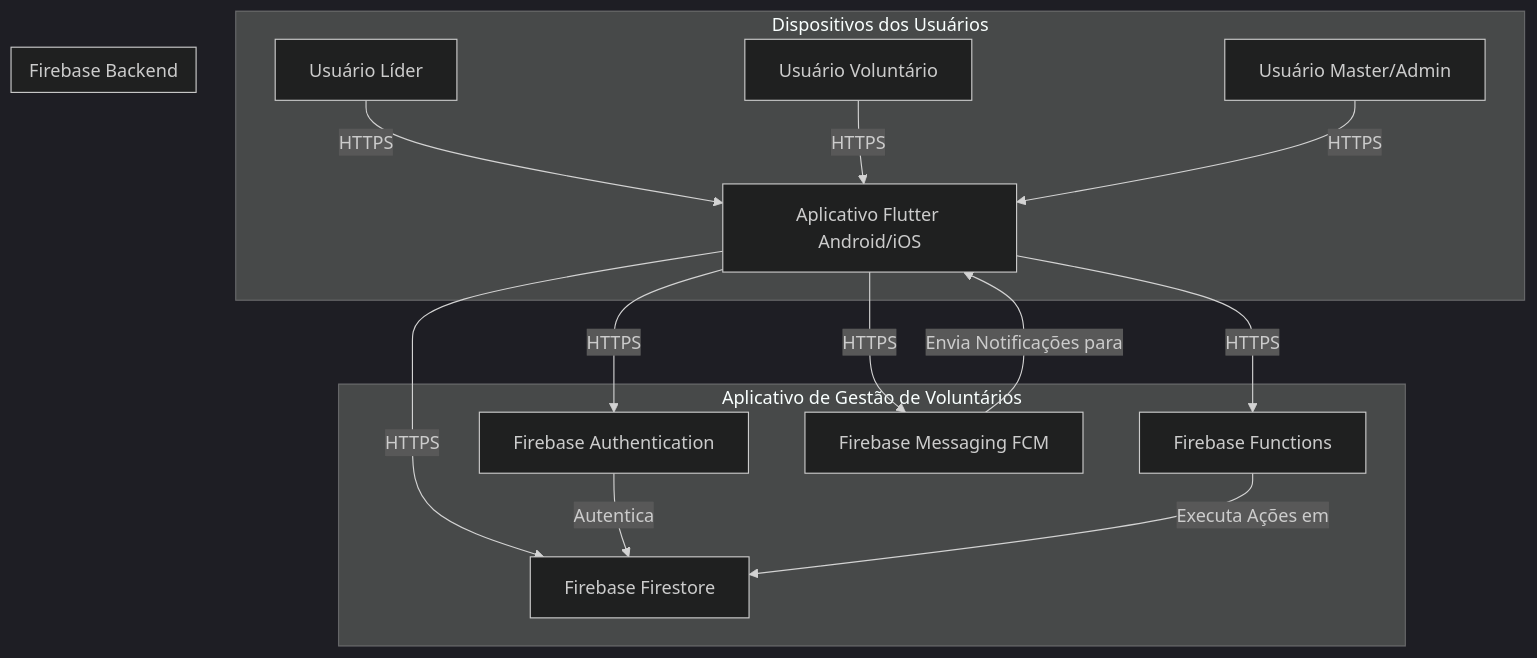
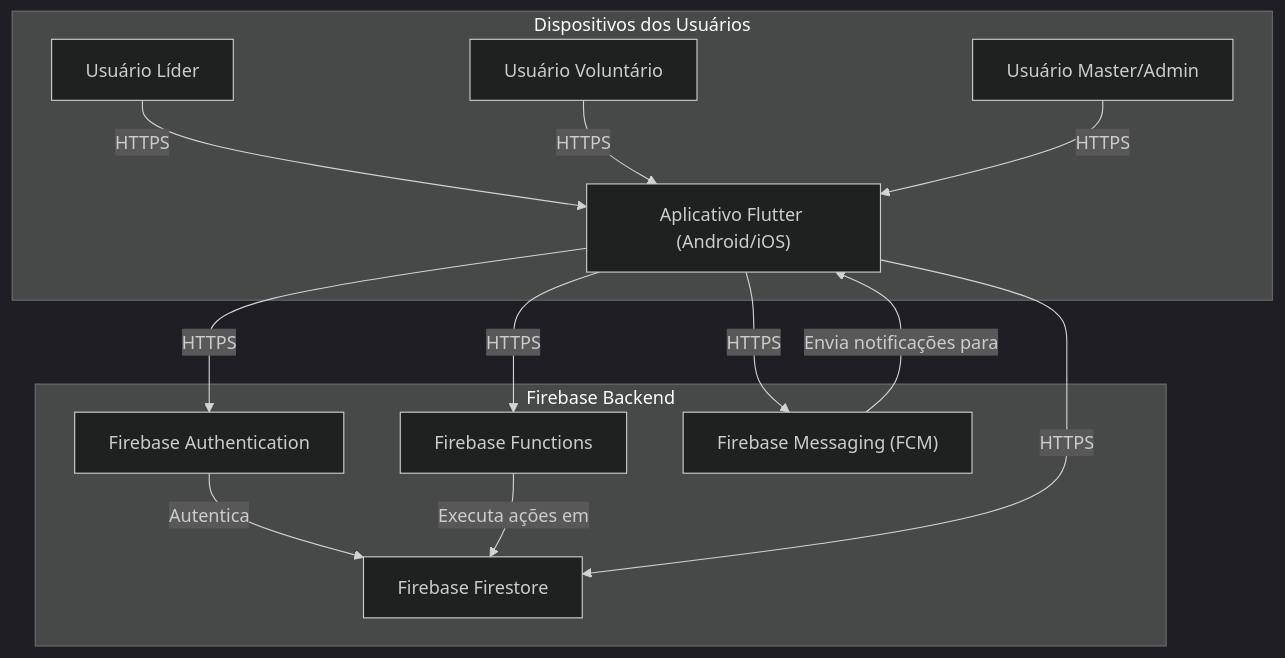
The first of 2 diagrams in README.md (anthonivs/TCC), drawn with Mermaid (dark theme) before and after one commit.

````diff
--- a/README.md
+++ b/README.md
@@ -85,21 +85,30 @@
 ```mermaid
 flowchart TD
-    subgraph Dispositivos dos Usuários
-        A[Usuário Líder] -->|HTTPS| App["Aplicativo Flutter Android/iOS"]
-        B[Usuário Voluntário] -->|HTTPS| App
-        C[Usuário Master/Admin] -->|HTTPS| App
+    subgraph "Dispositivos dos Usuários"
+        Lider[Usuário Líder]
+        Voluntario[Usuário Voluntário]
+        Master[Usuário Master/Admin]
+
+        Lider -->|HTTPS| App["Aplicativo Flutter (Android/iOS)"]
+        Voluntario -->|HTTPS| App
+        Master -->|HTTPS| App
     end
 
-    subgraph Aplicativo de Gestão de Voluntários
-        App -->|HTTPS| Auth["Firebase Authentication"]
-        App -->|HTTPS| Firestore["Firebase Firestore"]
-        App -->|HTTPS| Functions["Firebase Functions"]
-        App -->|HTTPS| Messaging["Firebase Messaging FCM"]
+    subgraph "Firebase Backend"
+        Auth["Firebase Authentication"]
+        Store["Firebase Firestore"]
+        Func["Firebase Functions"]
+        Msg["Firebase Messaging (FCM)"]
+
+        Auth -->|Autentica| Store
+        Func -->|Executa ações em| Store
+        Msg -->|Envia notificações para| App
     end
 
-    subgraph Firebase Backend
-        Auth -->|Autentica| Firestore
-        Functions -->|Executa Ações em| Firestore
-        Messaging -->|Envia Notificações para| App
-    end
+    App -->|HTTPS| Auth
+    App -->|HTTPS| Store
+    App -->|HTTPS| Func
+    App -->|HTTPS| Msg
+
+
 ```
````
